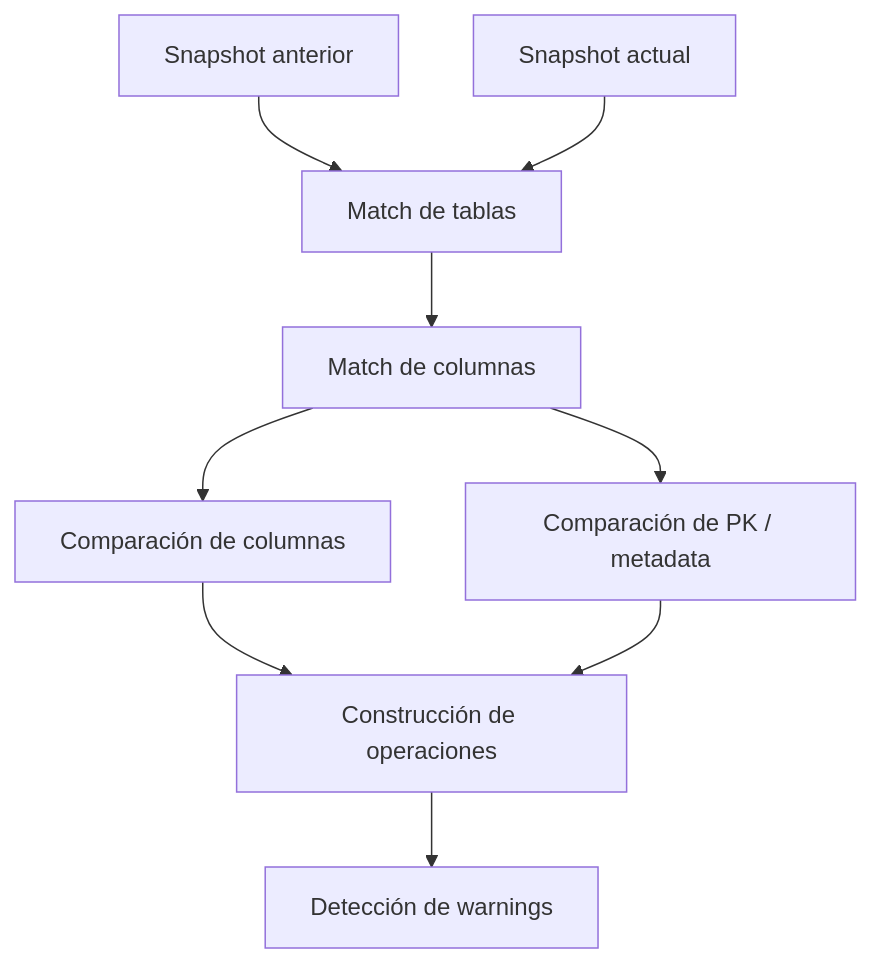
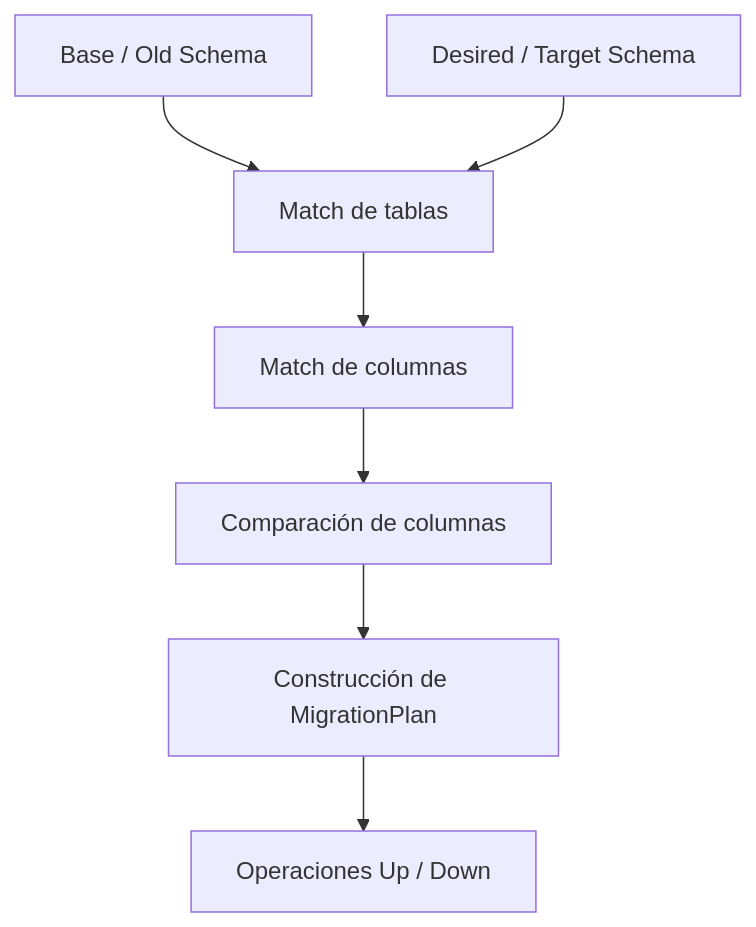
One commit to gonzaromeroatton/frapper changed the fourth of 4 diagrams in README.md. Above: the diagram before and after it, drawn with Mermaid. The commit also changed other lines of this file, not shown here.

Commit message:
Actualiza el README para reflejar la versión actual de .NET, mejora la descripción del flujo de trabajo y aclara conceptos clave sobre snapshots y migraciones en Frapper.

````diff
--- a/README.md
+++ b/README.md
@@ -333,21 +703,18 @@
 ```mermaid
 flowchart TD
-    Old[Snapshot anterior]
-    New[Snapshot actual]
+    Old[Base / Old Schema]
+    New[Desired / Target Schema]
 
     MatchTables[Match de tablas]
     MatchColumns[Match de columnas]
     CompareColumns[Comparación de columnas]
-    CompareKeys[Comparación de PK / metadata]
-    BuildOps[Construcción de operaciones]
-    EmitWarnings[Detección de warnings]
+    BuildOps[Construcción de MigrationPlan]
+    UpDown[Operaciones Up / Down]
 
     Old --> MatchTables
     New --> MatchTables
     MatchTables --> MatchColumns
     MatchColumns --> CompareColumns
-    MatchColumns --> CompareKeys
     CompareColumns --> BuildOps
-    CompareKeys --> BuildOps
-    BuildOps --> EmitWarnings
+    BuildOps --> UpDown
 ```
````
